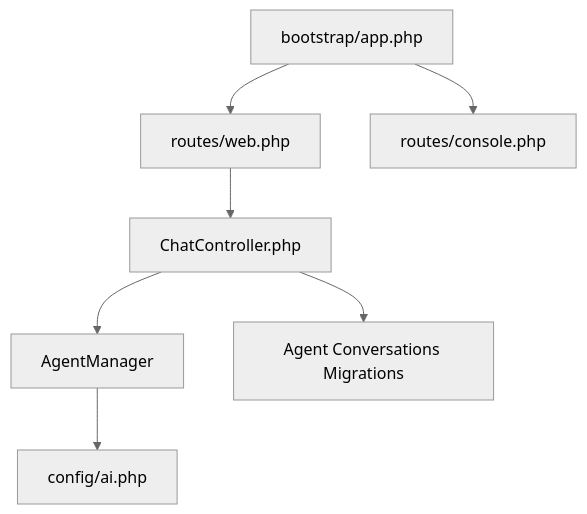
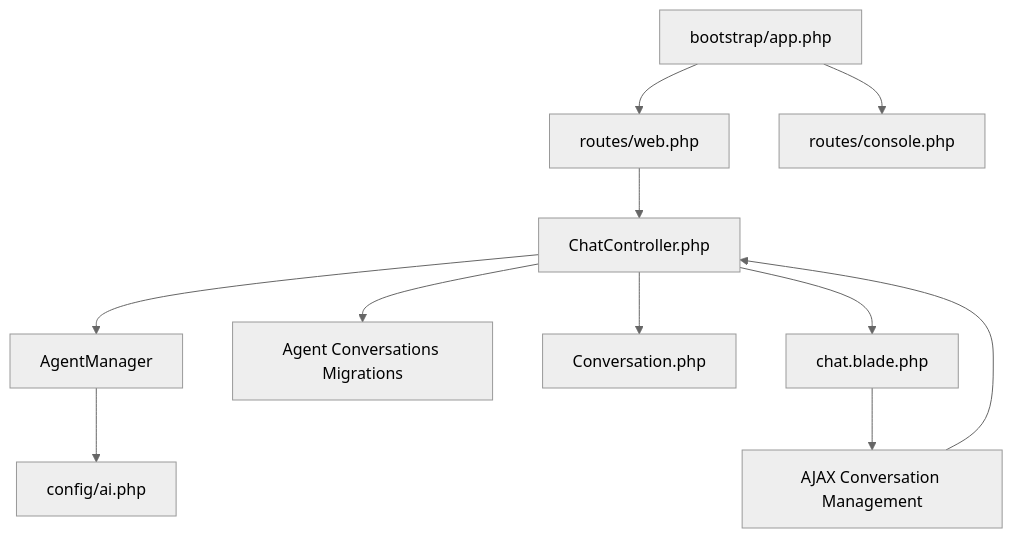
Before and after one commit to siimliimand/laravel-assistant: the ninth of 9 diagrams in .qoder/repowiki/en/content/Laravel Application Components/Routing.md, drawn with Mermaid (neutral theme). The commit also changed other lines of this file and 7 other files, not shown here.

````diff
--- a/.qoder/repowiki/en/content/Laravel Application Components/Routing.md
+++ b/.qoder/repowiki/en/content/Laravel Application Components/Routing.md
@@ -320,9 +476,13 @@
 ```mermaid
 graph TB
 BOOT["bootstrap/app.php"] --> WEBR["routes/web.php"]
 BOOT --> CONSOLR["routes/console.php"]
 WEBR --> CHATC["ChatController.php"]
 CHATC --> AGM["AgentManager"]
 AGM --> AICFG["config/ai.php"]
 CHATC --> DBMIG["Agent Conversations Migrations"]
+CHATC --> CONVMODEL["Conversation.php"]
+CHATC --> FRONTEND["chat.blade.php"]
+FRONTEND --> AJAX["AJAX Conversation Management"]
+AJAX --> CHATC
 ```
````
